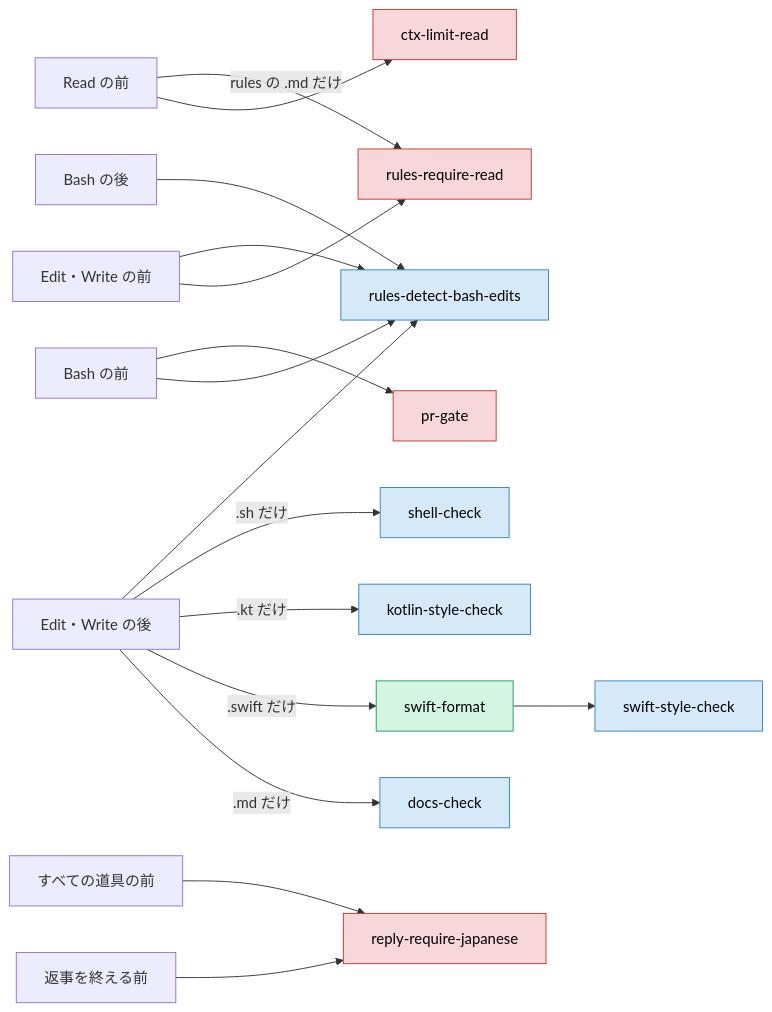
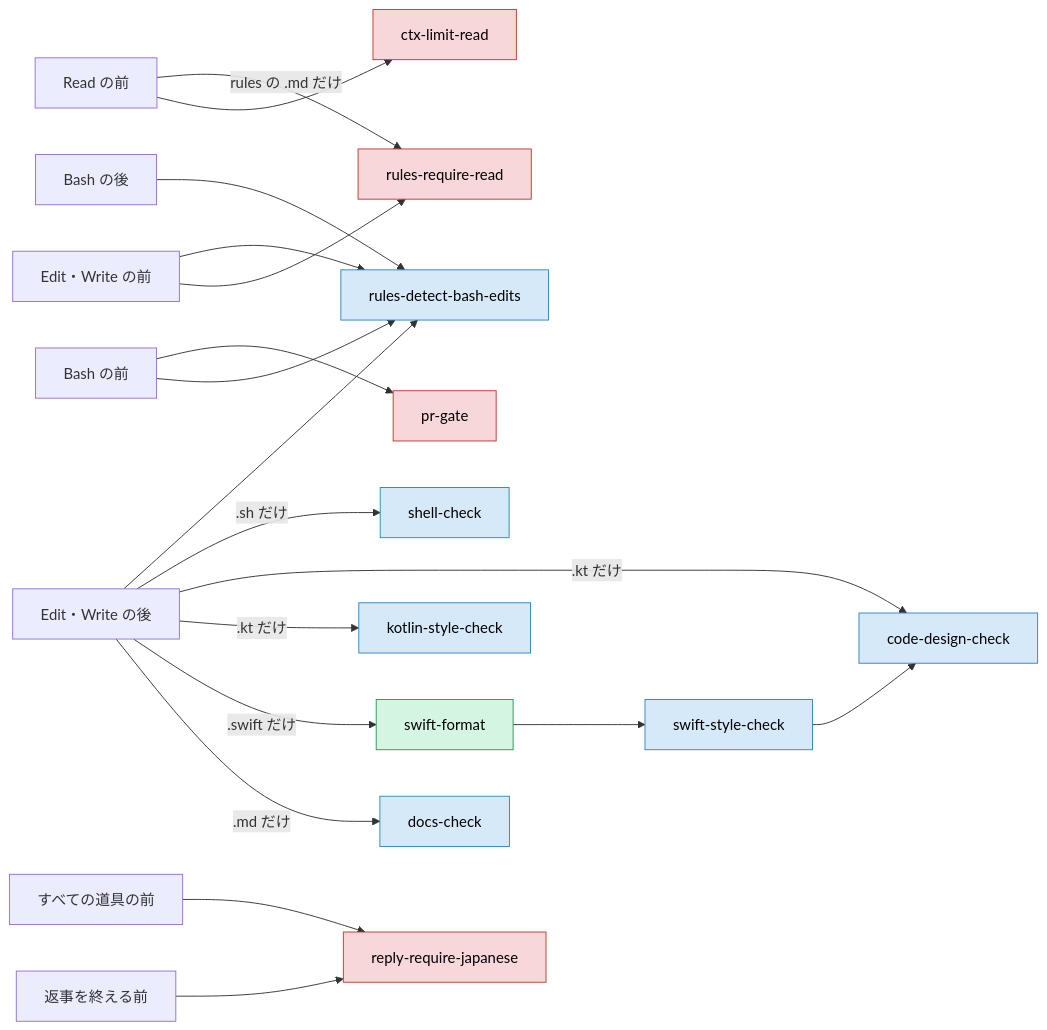
One commit to yossibank/claude-config changed the diagram in docs/usage/components.md. Above: the diagram before and after it, drawn with Mermaid. The commit also changed other lines of this file and 19 other files, not shown here.

First line of the commit message:
feat: add design rules and a check that enforces them (#173)

````diff
--- a/docs/usage/components.md
+++ b/docs/usage/components.md
@@ -33,25 +34,27 @@
 ```mermaid
 flowchart LR
     readBefore["Read の前"] --> limit["ctx-limit-read"]
     readBefore -->|rules の .md だけ| require["rules-require-read"]
     editBefore["Edit・Write の前"] --> require
     editBefore --> detect["rules-detect-bash-edits"]
     editAfter["Edit・Write の後"] -->|.md だけ| docs["docs-check"]
     editAfter -->|.swift だけ| swift["swift-format"]
     swift --> swiftStyle["swift-style-check"]
+    swiftStyle --> design["code-design-check"]
     editAfter -->|.kt だけ| kotlinStyle["kotlin-style-check"]
+    editAfter -->|.kt だけ| design
     editAfter -->|.sh だけ| shell["shell-check"]
     editAfter --> detect
     bashBefore["Bash の前"] --> detect
     bashBefore --> gate["pr-gate"]
     bashAfter["Bash の後"] --> detect
     stop["返事を終える前"] --> japanese["reply-require-japanese"]
     toolBefore["すべての道具の前"] --> japanese
 
     classDef block fill:#f8d7da,stroke:#c0392b,color:#000
     classDef inform fill:#d6e9f8,stroke:#2e86c1,color:#000
     classDef tidy fill:#d5f5e3,stroke:#239b56,color:#000
     class limit,require,gate,japanese block
-    class docs,kotlinStyle,swiftStyle,shell,detect inform
+    class design,docs,kotlinStyle,swiftStyle,shell,detect inform
     class swift tidy
 ```
````
